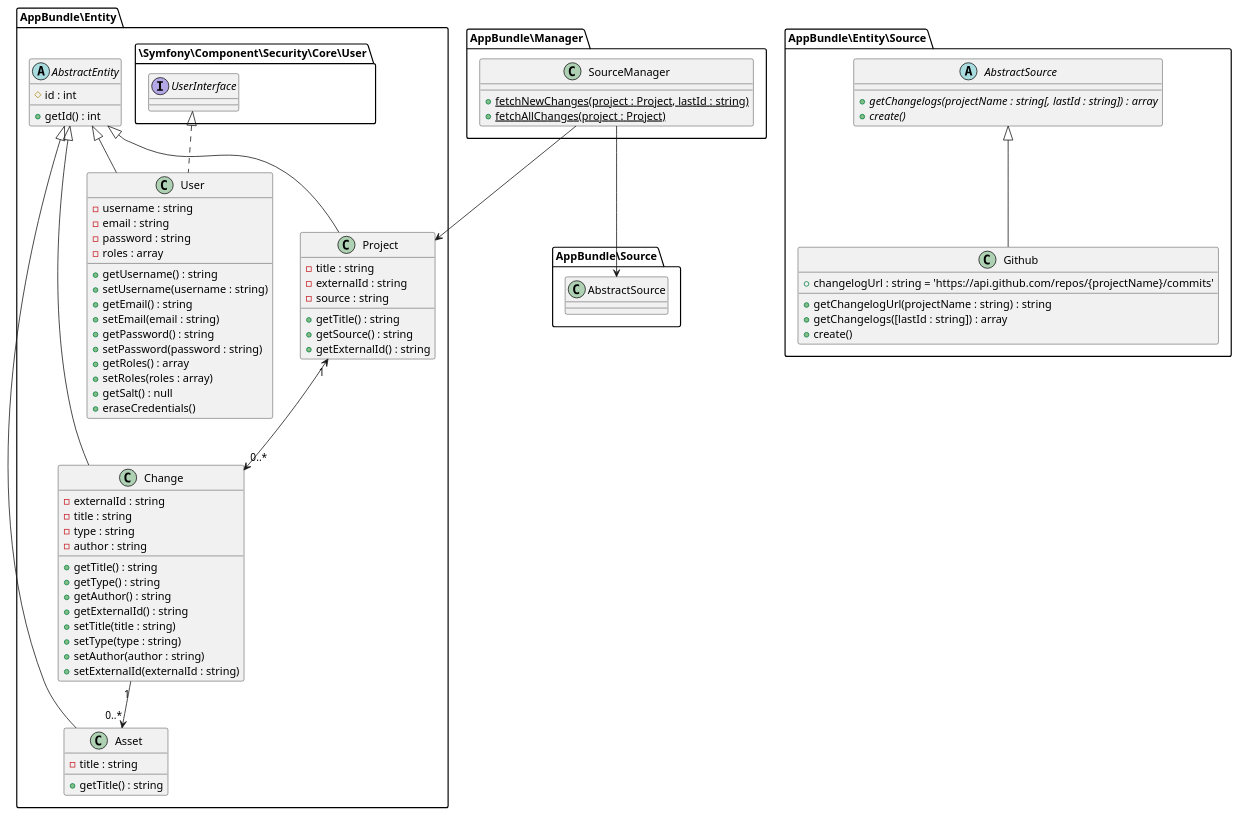
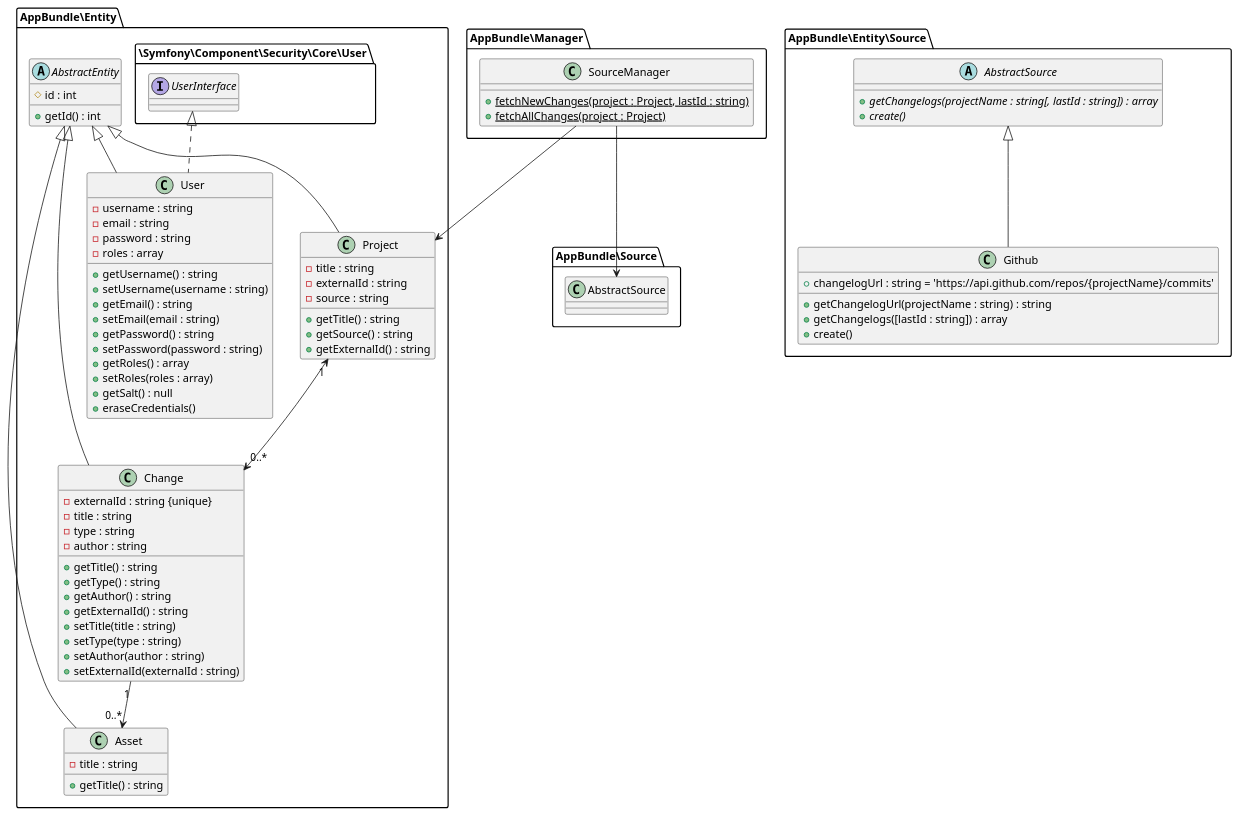
The diagram in src/AppBundle/Documentation/entities.puml (saitho/changebrowser), drawn with PlantUML before and after one commit. The commit also changed 2 other files, not shown here.

Commit message:
Feature: changes:fetch CLI command now supports the externalId as input value

```diff
--- a/src/AppBundle/Documentation/entities.puml
+++ b/src/AppBundle/Documentation/entities.puml
@@ -1,79 +1,79 @@
 @startuml
 
 AppBundle\Manager.SourceManager --> AppBundle\Entity.Project
 AppBundle\Manager.SourceManager --> AppBundle\Source.AbstractSource
 
 namespace AppBundle\Manager {
     class SourceManager {
         + {static} fetchNewChanges(project : Project, lastId : string)
         + {static} fetchAllChanges(project : Project)
     }
 }
 
 namespace AppBundle\Entity\Source {
     abstract class AbstractSource {
         {abstract} + getChangelogs(projectName : string[, lastId : string]) : array
         {abstract} + create()
     }
     class Github extends AbstractSource {
         + changelogUrl : string = 'https://api.github.com/repos/{projectName}/commits'
         + getChangelogUrl(projectName : string) : string
         + getChangelogs([lastId : string]) : array
         + create()
     }
 }
 
 namespace AppBundle\Entity {
     abstract class AbstractEntity {
         # id : int
         + getId() : int
     }
     class Asset extends AbstractEntity {
         - title : string
         + getTitle() : string
     }
     class Change extends AbstractEntity {
-        - externalId : string
+        - externalId : string {unique}
         - title : string
         - type : string
         - author : string
         + getTitle() : string
         + getType() : string
         + getAuthor() : string
         + getExternalId() : string
         + setTitle(title : string)
         + setType(type : string)
         + setAuthor(author : string)
         + setExternalId(externalId : string)
     }
     class Project extends AbstractEntity {
         - title : string
         - externalId : string
         - source : string
         + getTitle() : string
         + getSource() : string
         + getExternalId() : string
     }
     class User extends AbstractEntity implements \Symfony\Component\Security\Core\User.UserInterface {
         - username : string
         - email : string
         - password : string
         - roles : array
         + getUsername() : string
         + setUsername(username : string)
         + getEmail() : string
         + setEmail(email : string)
         + getPassword() : string
         + setPassword(password : string)
         + getRoles() : array
         + setRoles(roles : array)
         + getSalt() : null
         + eraseCredentials()
     }
 
     Change "1" --> "0..*" Asset
     Project "1" <--> "0..*" Change
 }
 
 
 @enduml
```
